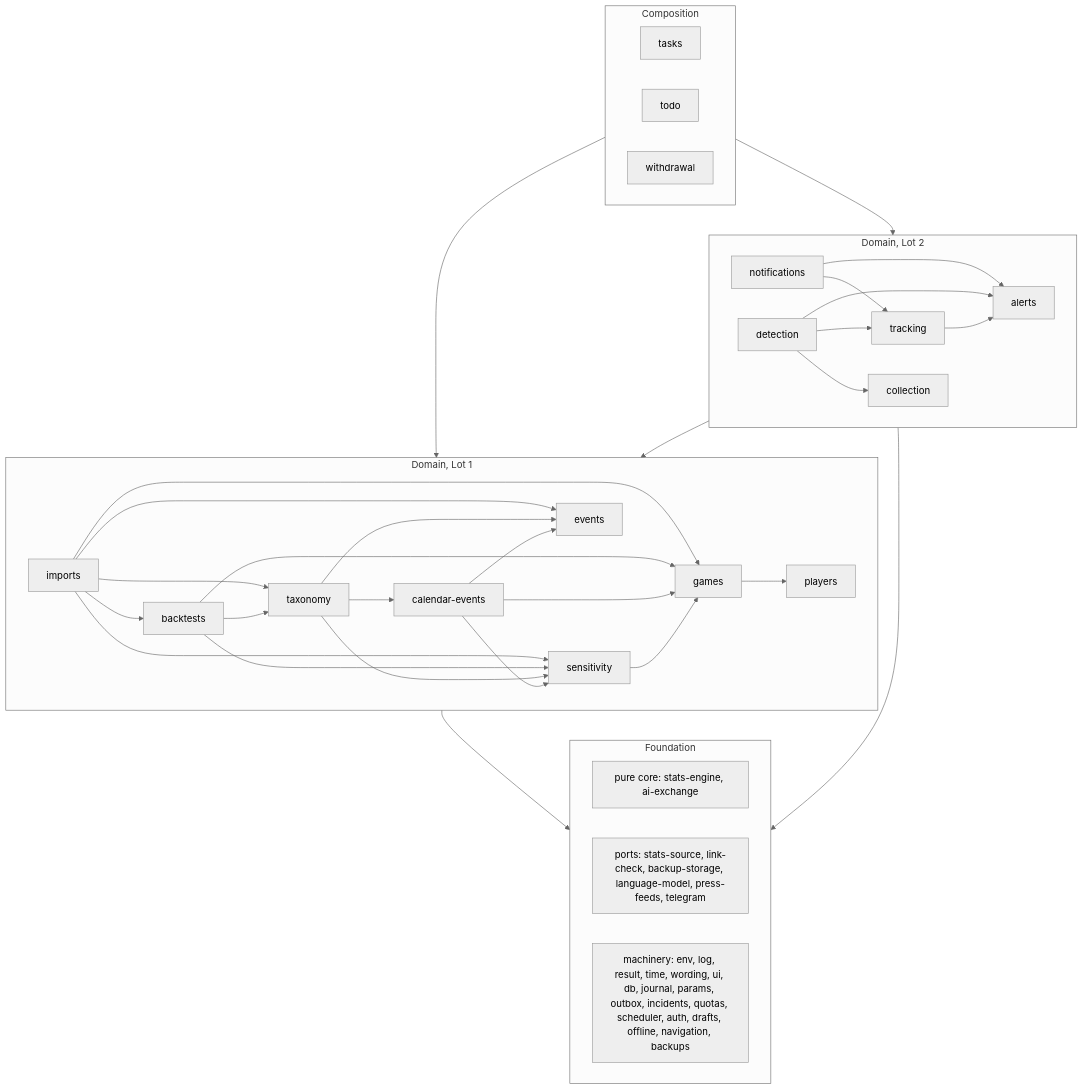
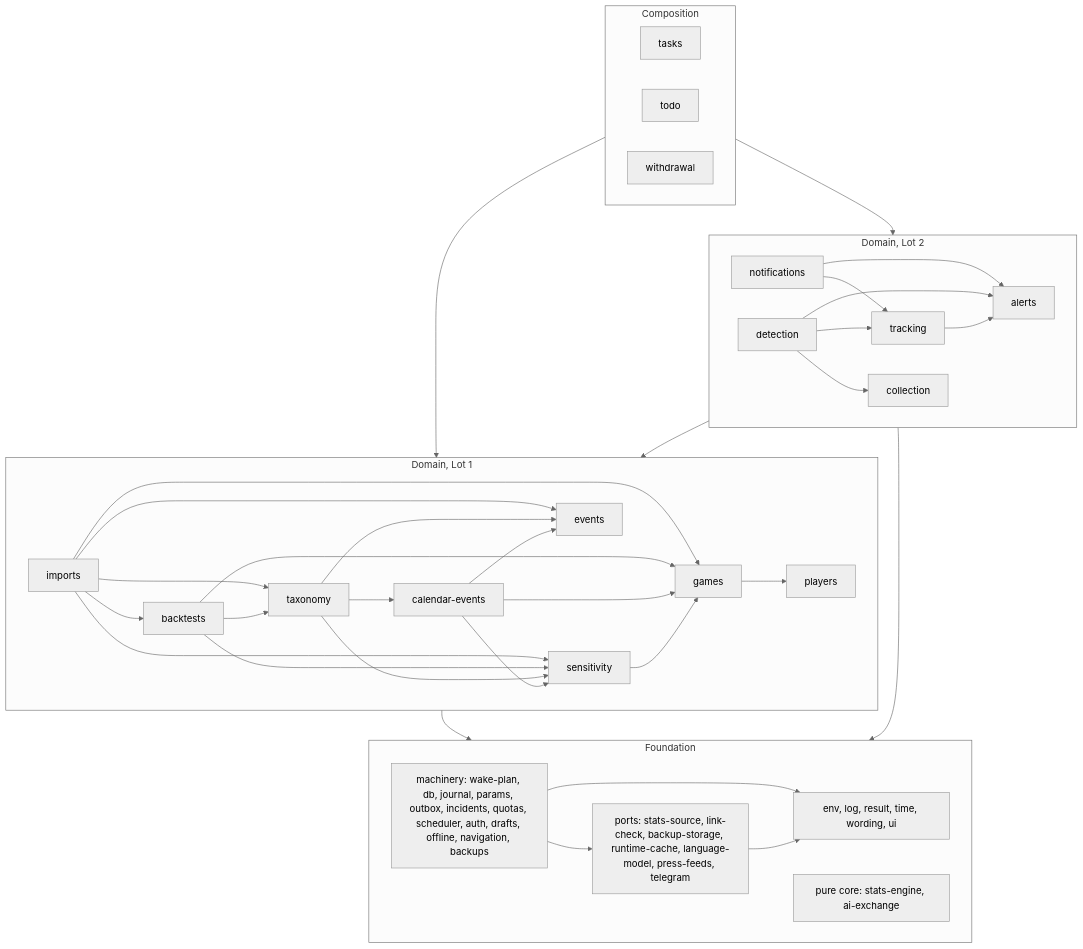
The diagram in docs/engineering/module-map.md (youtix/egoscope), drawn with Mermaid (neutral theme) before and after one commit. The commit also changed other lines of this file, not shown here.

````diff
--- a/docs/engineering/module-map.md
+++ b/docs/engineering/module-map.md
@@ -801,44 +894,48 @@
 ```mermaid
 flowchart TB
   subgraph composition["Composition"]
     tasks["tasks"]
     todo["todo"]
     withdrawal["withdrawal"]
   end
   subgraph lot2["Domain, Lot 2"]
     notifications["notifications"]
     detection["detection"]
     tracking["tracking"]
     alerts["alerts"]
     collection["collection"]
   end
   subgraph lot1["Domain, Lot 1"]
     imports["imports"]
     backtests["backtests"]
     taxonomy["taxonomy"]
     calendarEvents["calendar-events"]
     sensitivity["sensitivity"]
     games["games"]
     players["players"]
     events["events"]
   end
   subgraph base["Foundation"]
+    machinery["machinery: wake-plan, db, journal, params, outbox, incidents, quotas, scheduler, auth, drafts, offline, navigation, backups"]
     pure["pure core: stats-engine, ai-exchange"]
-    ports["ports: stats-source, link-check, backup-storage, language-model, press-feeds, telegram"]
-    machinery["machinery: env, log, result, time, wording, ui, db, journal, params, outbox, incidents, quotas, scheduler, auth, drafts, offline, navigation, backups"]
+    ports["ports: stats-source, link-check, backup-storage, runtime-cache, language-model, press-feeds, telegram"]
+    early["env, log, result, time, wording, ui"]
   end
   composition --> lot2
   composition --> lot1
   notifications --> tracking & alerts
   detection --> collection & tracking & alerts
   tracking --> alerts
   lot2 --> lot1
   imports --> backtests & taxonomy & sensitivity & games & events
   backtests --> taxonomy & sensitivity & games
   taxonomy --> calendarEvents & sensitivity & events
   calendarEvents --> sensitivity & games & events
   sensitivity --> games
   games --> players
   lot1 --> base
   lot2 --> base
+  machinery --> ports
+  machinery --> early
+  ports --> early
 ```
````
